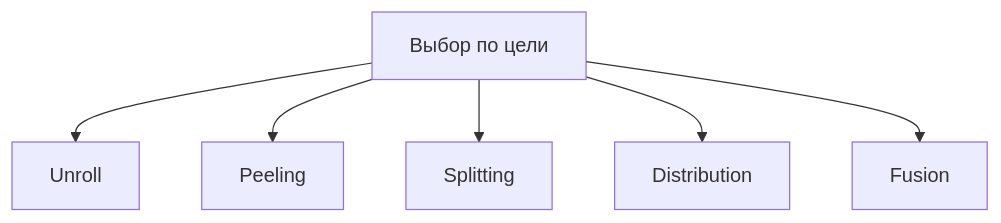
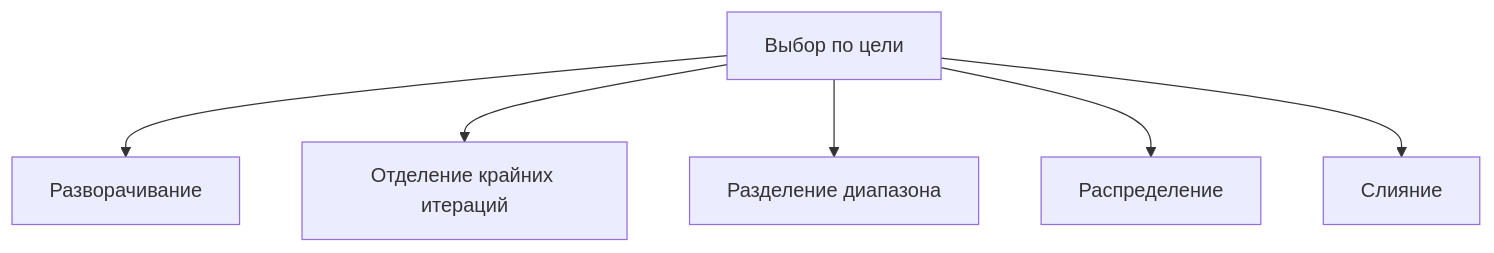
The diagram in docs/modules/17-loop-transformations.md (Misha1302/Middle-end-compiler-cource), drawn with Mermaid before and after one commit. The commit also changed other lines of this file and 35 other files, not shown here.

````diff
--- a/docs/modules/17-loop-transformations.md
+++ b/docs/modules/17-loop-transformations.md
@@ -31,9 +31,9 @@
 ```mermaid
 flowchart TD
   CHOICE[Выбор по цели]
-  CHOICE --> U[Unroll]
-  CHOICE --> P[Peeling]
-  CHOICE --> S[Splitting]
-  CHOICE --> D[Distribution]
-  CHOICE --> F[Fusion]
+  CHOICE --> U[Разворачивание]
+  CHOICE --> P[Отделение крайних итераций]
+  CHOICE --> S[Разделение диапазона]
+  CHOICE --> D[Распределение]
+  CHOICE --> F[Слияние]
 ```
````
